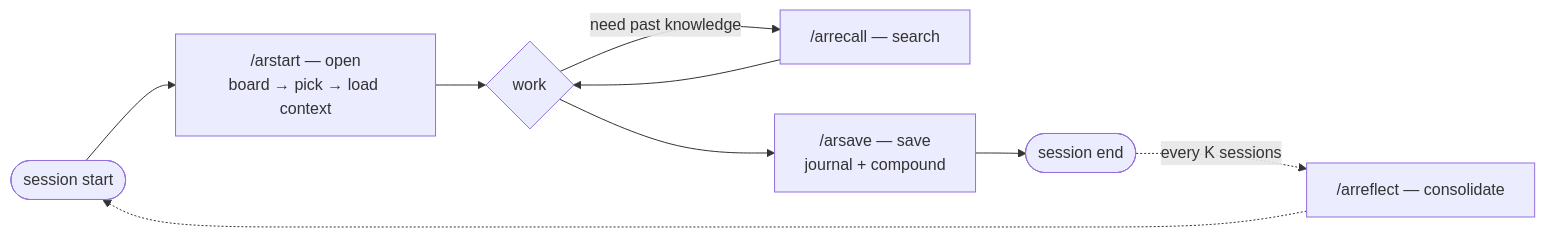
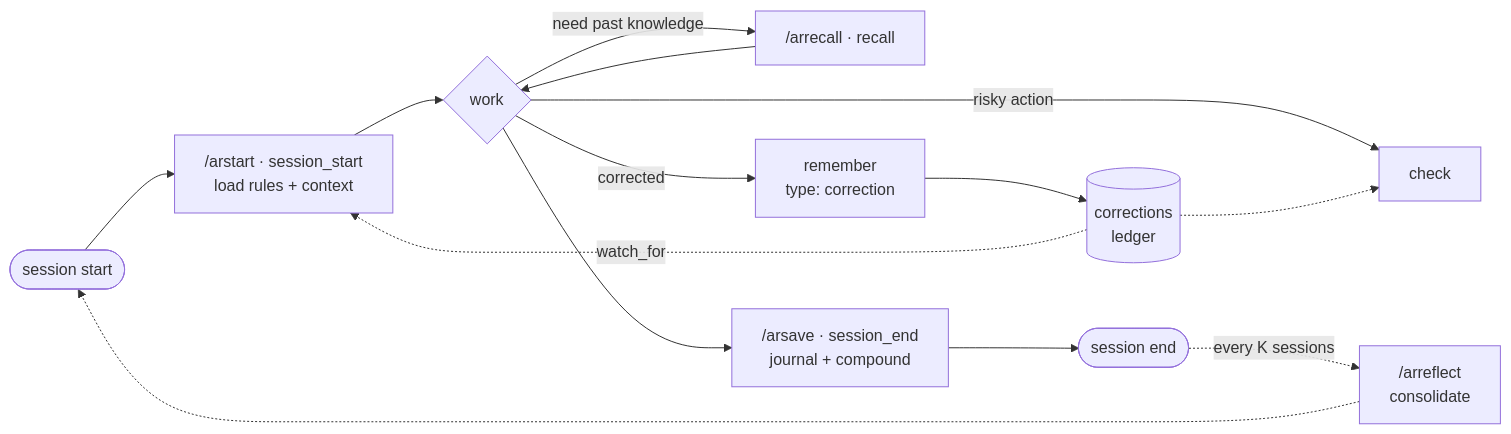
One commit to Goldentrii/AgentRecall-X changed the first of 3 diagrams in packages/cli/README.md. Above: the diagram before and after it, drawn with Mermaid. The commit also changed other lines of this file and 8 other files, not shown here.

````diff
--- a/packages/cli/README.md
+++ b/packages/cli/README.md
@@ -198,11 +108,16 @@
 ```mermaid
 flowchart LR
-    A([session start]) --> B["/arstart — open<br/>board → pick → load context"]
+    A([session start]) --> B["/arstart · session_start<br/>load rules + context"]
     B --> C{work}
-    C -->|need past knowledge| D["/arrecall — search"]
+    C -->|need past knowledge| D["/arrecall · recall"]
     D --> C
-    C --> E["/arsave — save<br/>journal + compound"]
+    C -->|corrected| R["remember<br/>type: correction"]
+    R --> L[(corrections<br/>ledger)]
+    C -->|risky action| K["check"]
+    L -.-> K
+    C --> E["/arsave · session_end<br/>journal + compound"]
     E --> F([session end])
-    F -. every K sessions .-> G["/arreflect — consolidate"]
+    L -. watch_for .-> B
+    F -. every K sessions .-> G["/arreflect<br/>consolidate"]
     G -.-> A
 ```
````
